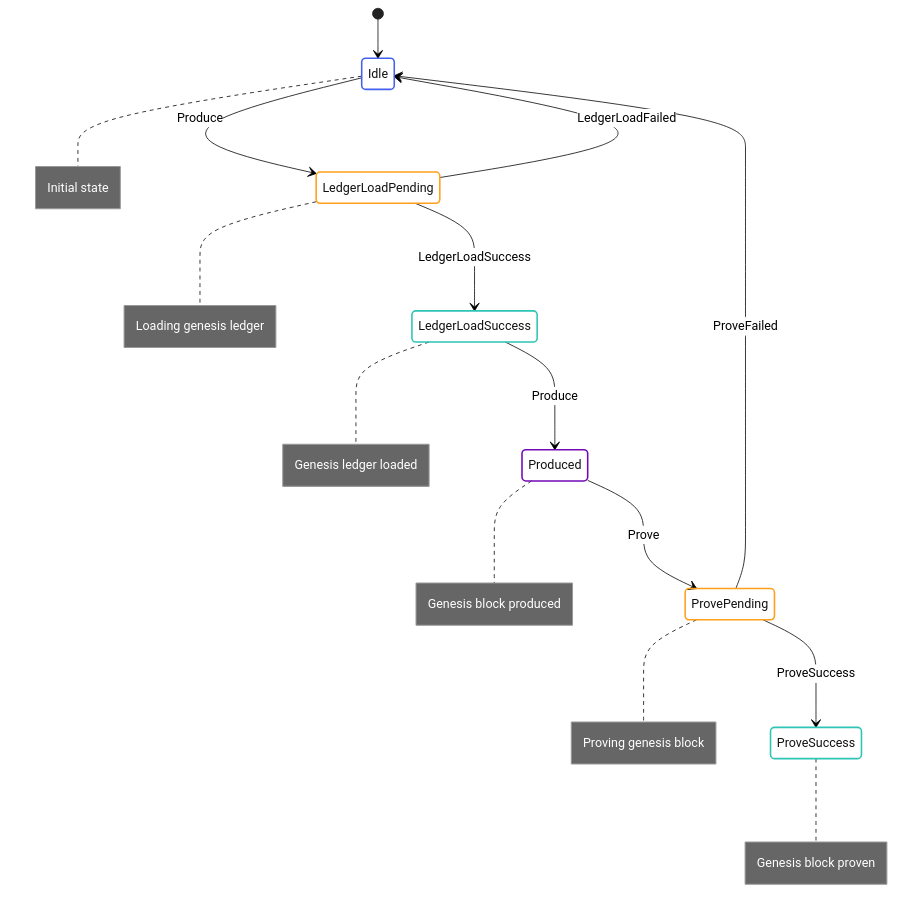
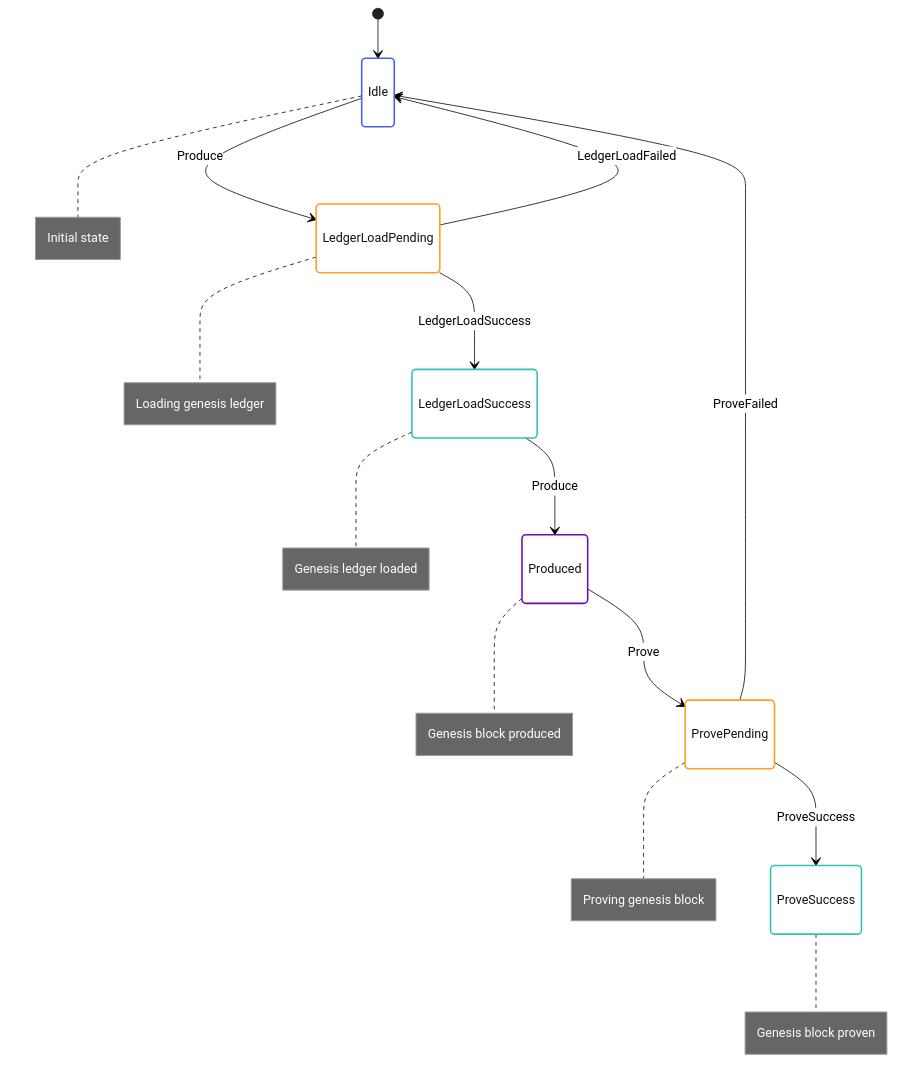
Before and after one commit to openmina/openmina: the diagram in llm-docs-v2/components/transition-frontier/genesis-state-machine.md, drawn with Mermaid (neutral theme). The commit also changed other lines of this file and 11 other files, not shown here.

````diff
--- a/llm-docs-v2/components/transition-frontier/genesis-state-machine.md
+++ b/llm-docs-v2/components/transition-frontier/genesis-state-machine.md
@@ -7,28 +7,28 @@
 ```mermaid
 stateDiagram-v2
     [*] --> Idle
     Idle --> LedgerLoadPending: Produce
     LedgerLoadPending --> LedgerLoadSuccess: LedgerLoadSuccess
     LedgerLoadPending --> Idle: LedgerLoadFailed
     LedgerLoadSuccess --> Produced: Produce
     Produced --> ProvePending: Prove
     ProvePending --> ProveSuccess: ProveSuccess
     ProvePending --> Idle: ProveFailed
-    
+
     note right of Idle: Initial state
     note right of LedgerLoadPending: Loading genesis ledger
     note right of LedgerLoadSuccess: Genesis ledger loaded
     note right of Produced: Genesis block produced
     note right of ProvePending: Proving genesis block
     note right of ProveSuccess: Genesis block proven
-    
-    classDef idleState stroke:#4361ee,stroke-width:2px,fill:none;
-    classDef pendingState stroke:#ff9f1c,stroke-width:2px,fill:none;
-    classDef successState stroke:#2ec4b6,stroke-width:2px,fill:none;
-    classDef producedState stroke:#7209b7,stroke-width:2px,fill:none;
-    
+
+    classDef idleState stroke:#4361ee,stroke-width:2px,fill:none,padding:15px,margin:10px;
+    classDef pendingState stroke:#ff9f1c,stroke-width:2px,fill:none,padding:15px,margin:10px;
+    classDef successState stroke:#2ec4b6,stroke-width:2px,fill:none,padding:15px,margin:10px;
+    classDef producedState stroke:#7209b7,stroke-width:2px,fill:none,padding:15px,margin:10px;
+
     class Idle idleState
     class LedgerLoadPending,ProvePending pendingState
     class LedgerLoadSuccess,ProveSuccess successState
     class Produced producedState
 ```
````
